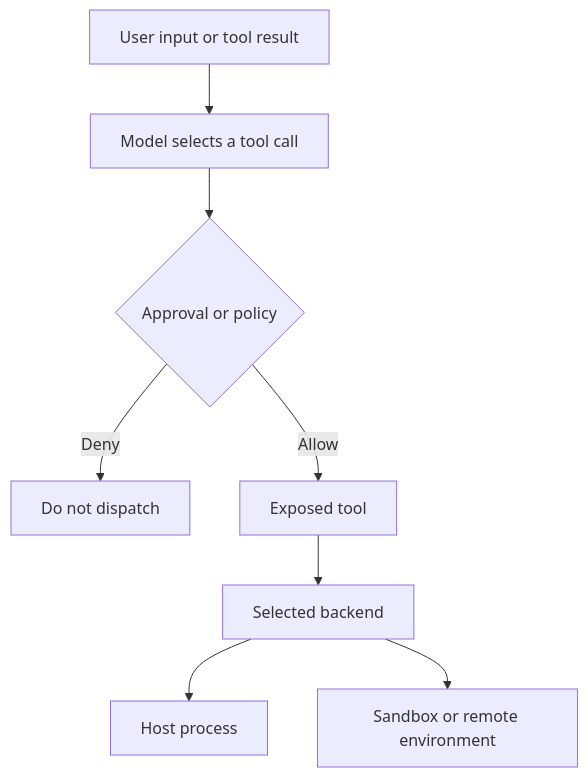
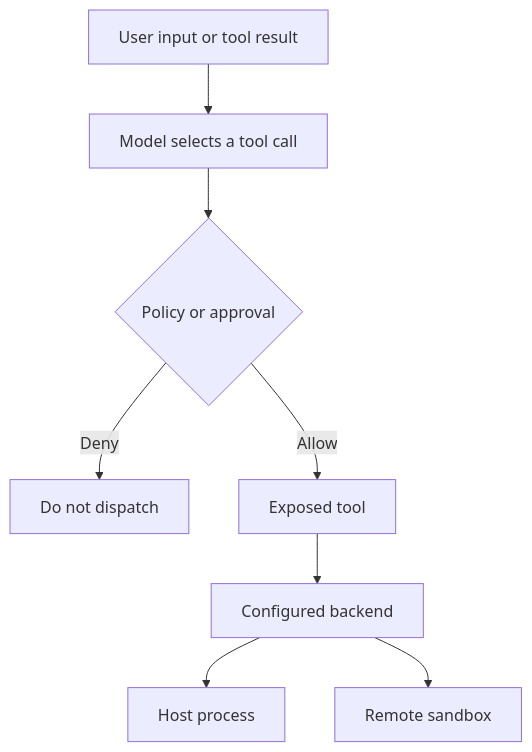
One commit to langchain-ai/deepagents changed the diagram in openwiki/operations/security.md. Above: the diagram before and after it, drawn with Mermaid. The commit also changed other lines of this file and 55 other files, not shown here.

````diff
--- a/openwiki/operations/security.md
+++ b/openwiki/operations/security.md
@@ -75,10 +47,10 @@
 ```mermaid
 flowchart TD
     Input["User input or tool result"] --> Model["Model selects a tool call"]
-    Model --> Gate{"Approval or policy"}
+    Model --> Gate{"Policy or approval"}
     Gate -->|"Deny"| Stop["Do not dispatch"]
     Gate -->|"Allow"| Tool["Exposed tool"]
-    Tool --> Backend["Selected backend"]
+    Tool --> Backend["Configured backend"]
     Backend --> Host["Host process"]
-    Backend --> Sandbox["Sandbox or remote environment"]
+    Backend --> Sandbox["Remote sandbox"]
 ```
````
